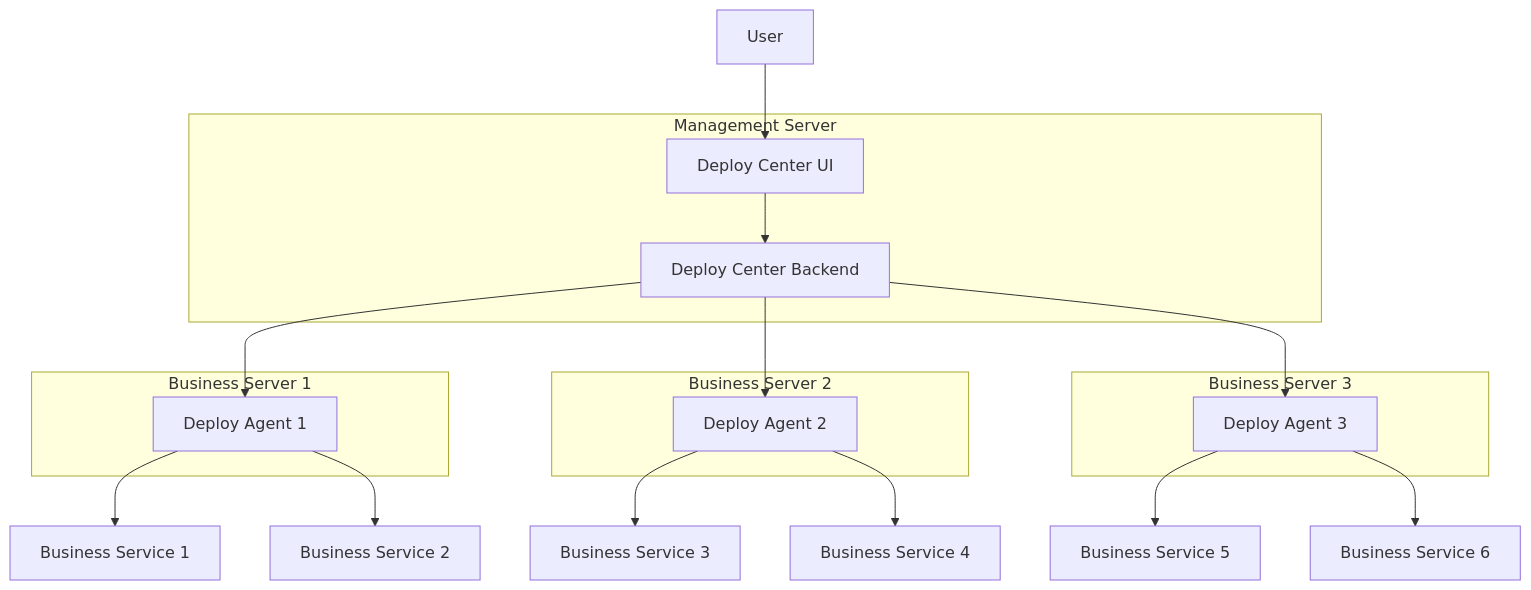
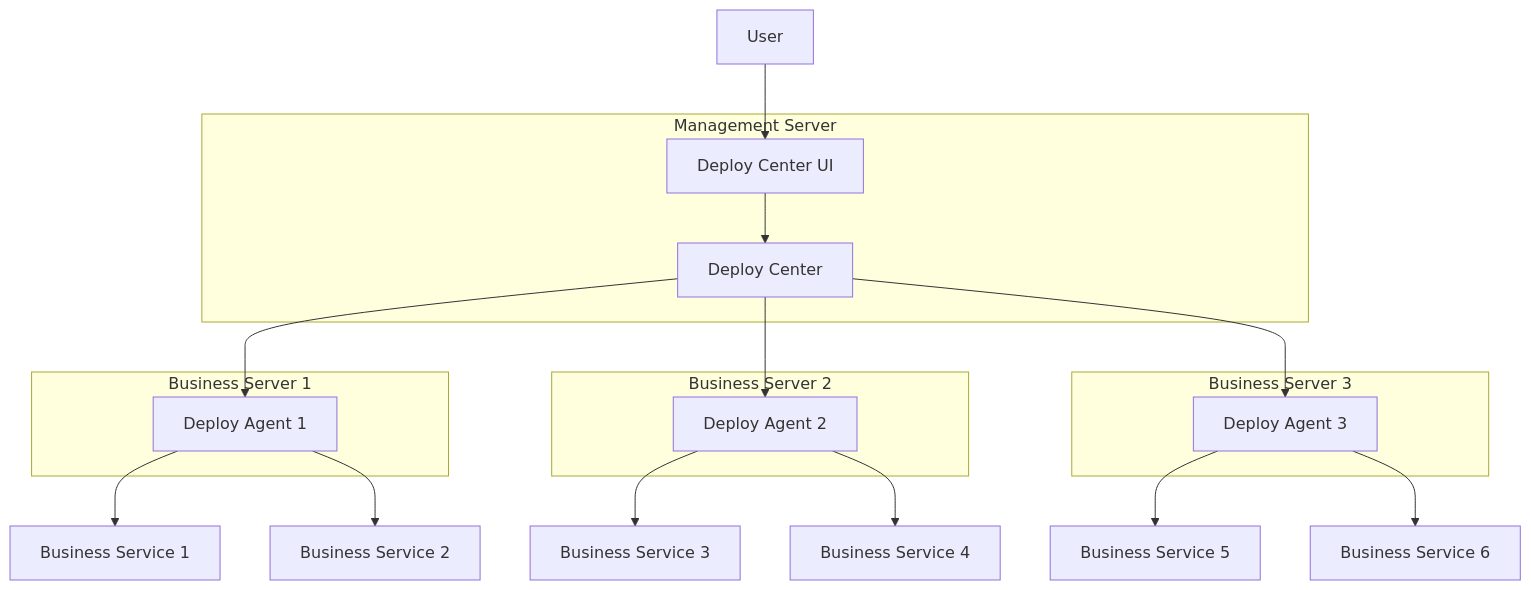
Before and after one commit to TianfeiJi/Deploy-Center: the diagram in README_EN.md, drawn with Mermaid. The commit also changed other lines of this file and 189 other files, not shown here.

````diff
--- a/README_EN.md
+++ b/README_EN.md
@@ -75,34 +74,34 @@
 ```mermaid
 flowchart TD
     subgraph Management_Server[Management Server]
         FE[Deploy Center UI]
-        BE[Deploy Center Backend]
+        BE[Deploy Center]
         FE --> BE
     end
 
     subgraph Business_Server1[Business Server 1]
         DA1[Deploy Agent 1]
     end
 
     subgraph Business_Server2[Business Server 2]
         DA2[Deploy Agent 2]
     end
 
     subgraph Business_Server3[Business Server 3]
         DA3[Deploy Agent 3]
     end
 
     User[User] --> FE
     BE --> DA1
     BE --> DA2
     BE --> DA3
 
     DA1 --> Service1[Business Service 1]
     DA1 --> Service2[Business Service 2]
 
     DA2 --> Service3[Business Service 3]
     DA2 --> Service4[Business Service 4]
 
     DA3 --> Service5[Business Service 5]
     DA3 --> Service6[Business Service 6]
 ```
````
